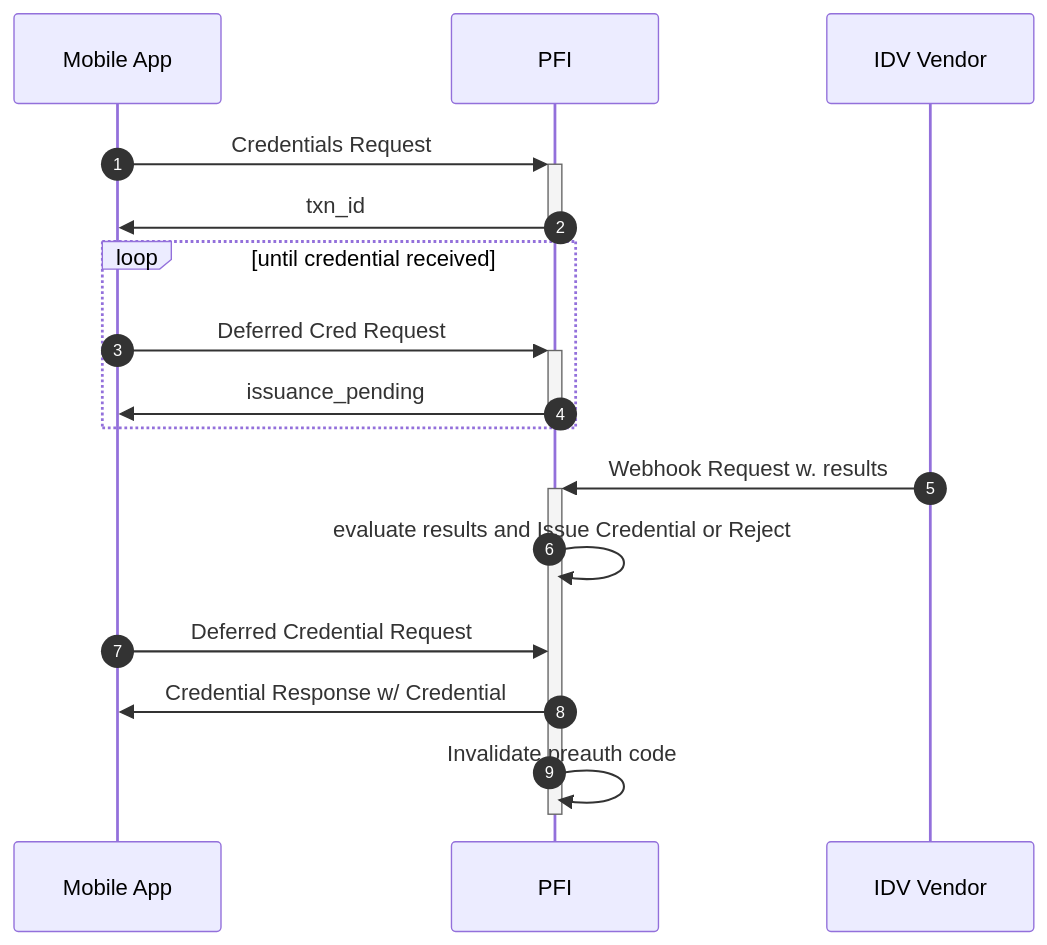
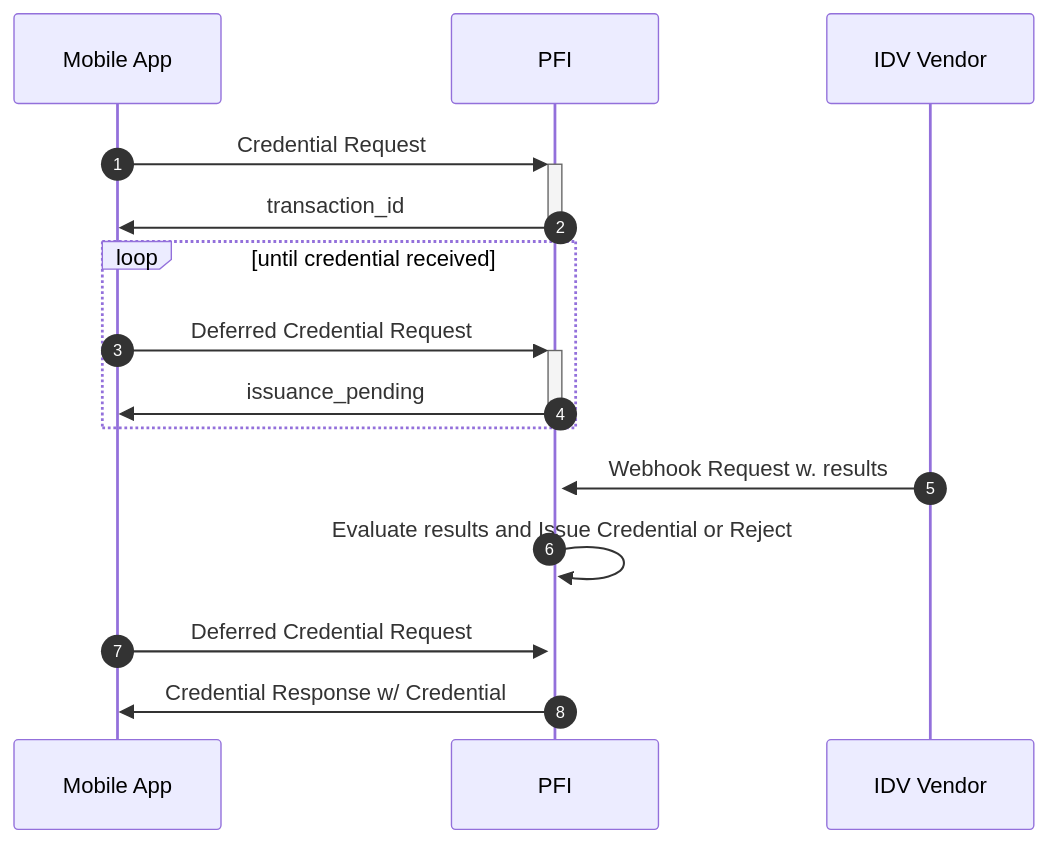
Before and after one commit to TBD54566975/known-customer-credential: the sixth of 6 diagrams in README.md, drawn with Mermaid. The commit also changed other lines of this file, not shown here.

````diff
--- a/README.md
+++ b/README.md
@@ -568,21 +591,20 @@
 ```mermaid
 sequenceDiagram
 autonumber
 
 participant D as Mobile App
 participant P as PFI
 participant V as IDV Vendor
 
-D->>+P: Credentials Request
-P->>-D: txn_id
+D->>+P: Credential Request
+P->>-D: transaction_id
 
 loop until credential received
-    D->>+P: Deferred Cred Request
+    D->>+P: Deferred Credential Request
     P->>-D: issuance_pending
 end
 V->>+P: Webhook Request w. results
-P->>P: evaluate results and Issue Credential or Reject
+P->>P: Evaluate results and Issue Credential or Reject
 D->>P: Deferred Credential Request
 P->>D: Credential Response w/ Credential
-P->>-P: Invalidate preauth code
 ```
````
